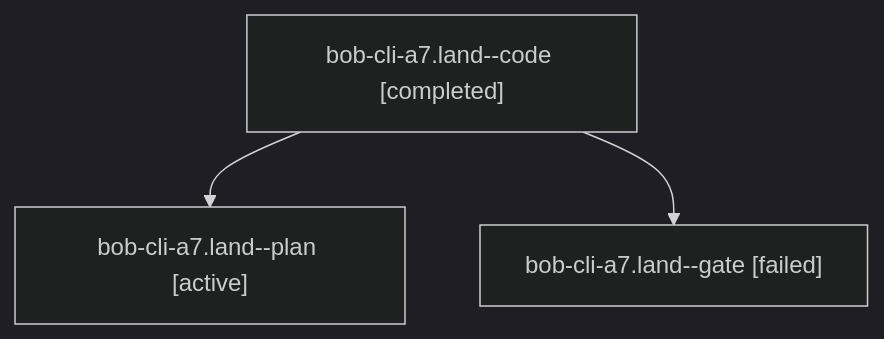
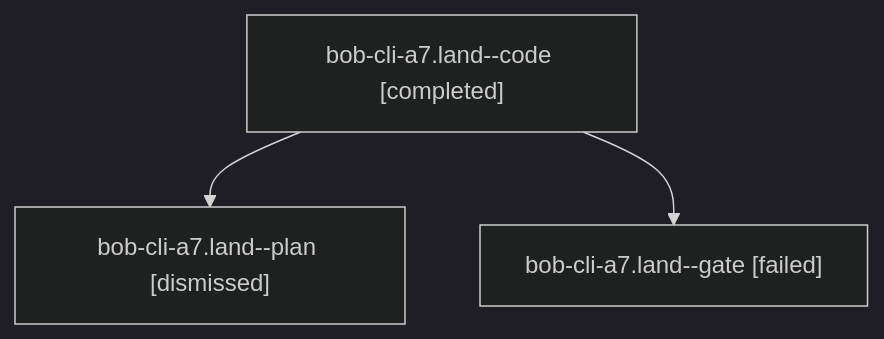
The diagram in sessions/bbugyi200.athena.bob-cli-a7.land.md (bobs-org/bob-cli--agents), drawn with Mermaid (dark theme) before and after one commit. The commit also changed other lines of this file and 73 other files, not shown here.

````diff
--- a/sessions/bbugyi200.athena.bob-cli-a7.land.md
+++ b/sessions/bbugyi200.athena.bob-cli-a7.land.md
@@ -9,8 +9,8 @@
 ```mermaid
 flowchart TD
   n0["bob-cli-a7.land--code [completed]"]
-  n1["bob-cli-a7.land--plan [active]"]
+  n1["bob-cli-a7.land--plan [dismissed]"]
   n0 --> n1
   n2["bob-cli-a7.land--gate [failed]"]
   n0 --> n2
 ```
````
